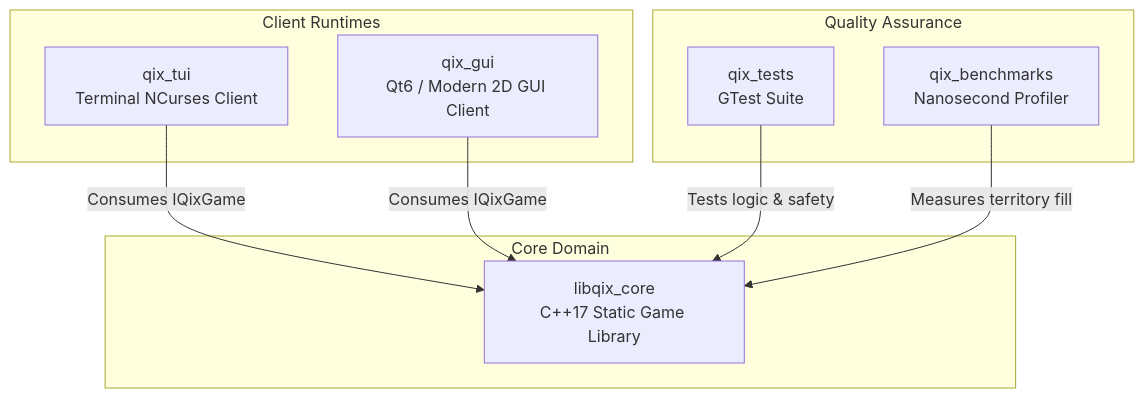
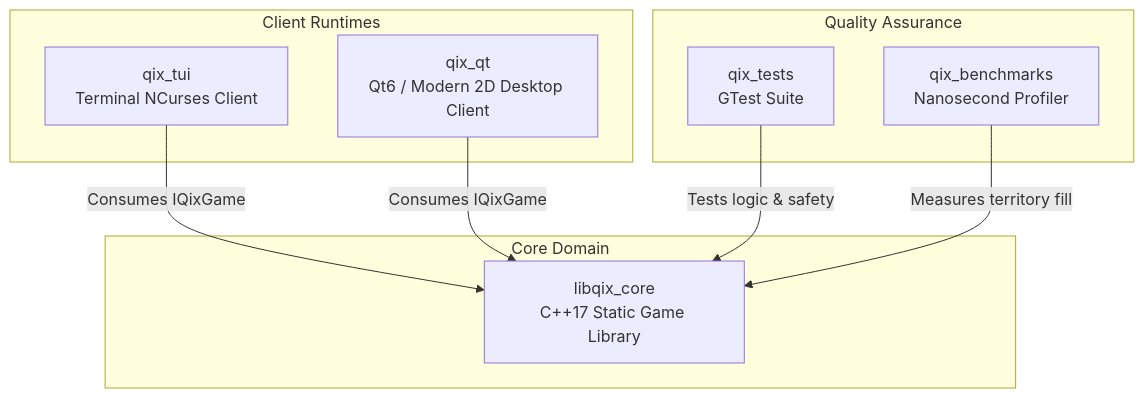
One commit to svagionitis/Qix changed the second of 5 diagrams in docs/architecture.md. Above: the diagram before and after it, drawn with Mermaid. The commit also changed other lines of this file and 11 other files, not shown here.

First line of the commit message:
refactor(qt)!: rename gui client to qt

````diff
--- a/docs/architecture.md
+++ b/docs/architecture.md
@@ -96,21 +96,21 @@
 ```mermaid
 graph TD
     subgraph Clients [Client Runtimes]
         TUI[qix_tui<br/>Terminal NCurses Client]
-        GUI[qix_gui<br/>Qt6 / Modern 2D GUI Client]
+        GUI[qix_qt<br/>Qt6 / Modern 2D Desktop Client]
     end
 
     subgraph Core [Core Domain]
         CoreLib[libqix_core<br/>C++17 Static Game Library]
     end
 
     subgraph Verification [Quality Assurance]
         Tests[qix_tests<br/>GTest Suite]
         Bench[qix_benchmarks<br/>Nanosecond Profiler]
     end
 
     TUI -->|Consumes IQixGame| CoreLib
     GUI -->|Consumes IQixGame| CoreLib
     Tests -->|Tests logic & safety| CoreLib
     Bench -->|Measures territory fill| CoreLib
 ```
````
